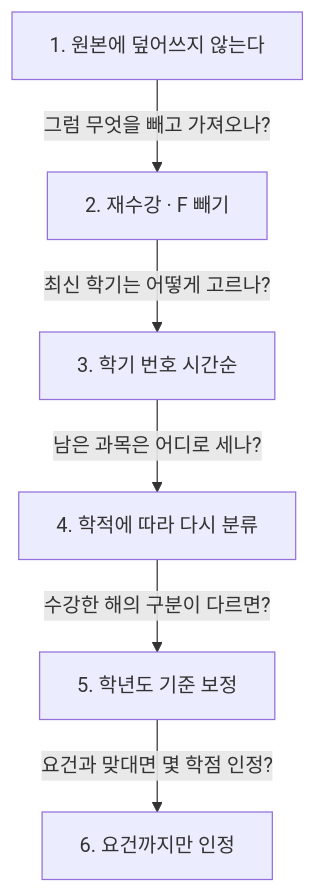
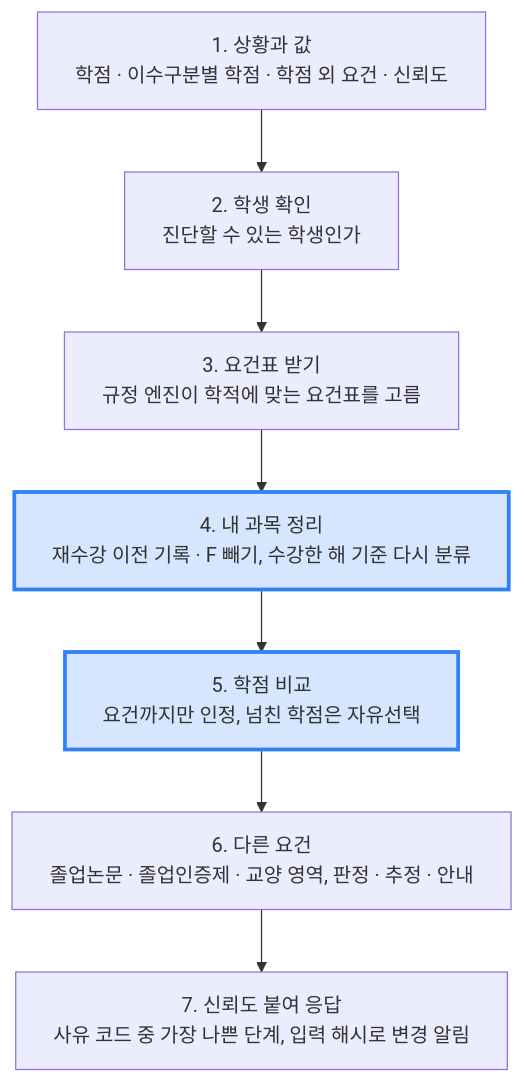
The first of 3 diagrams in 2026/November/11-18.md (ChildrenAon/TIL), drawn with Mermaid before and after one commit. The commit also changed other lines of this file, not shown here.

Commit message:
[ONE Student] 내 과목 정리 · 학점 비교 [정보보안] 웜·백도어 · SSH·DNS · SYN Flooding [데이터베이스] 3진 관계 · 함수적 종속성
고침: 학습 순서 흐름을 기능 전체 흐름 도식으로 바꿈

````diff
--- a/2026/November/11-18.md
+++ b/2026/November/11-18.md
@@ -27,9 +27,12 @@
 ```mermaid
 %%{init: {"flowchart": {"wrappingWidth": 600}, "themeCSS": ".edgeLabel div { display: table-cell !important; width: auto !important; max-width: none !important; white-space: nowrap !important; } .edgeLabel p { padding: 5px 12px !important; margin: 0 !important; background: #55555599; } .edgeLabel, .edgeLabel span, .edgeLabel .labelBkg { background: transparent !important; }"}}%%
 flowchart TD
-  A["1. 원본에 덮어쓰지 않는다"] -->|"그럼 무엇을 빼고 가져오나?"| B["2. 재수강 · F 빼기"]
-  B -->|"최신 학기는 어떻게 고르나?"| C["3. 학기 번호 시간순"]
-  C -->|"남은 과목은 어디로 세나?"| D["4. 학적에 따라 다시 분류"]
-  D -->|"수강한 해의 구분이 다르면?"| E["5. 학년도 기준 보정"]
-  E -->|"요건과 맞대면 몇 학점 인정?"| F["6. 요건까지만 인정"]
+  A["1. 상황과 값<br/>학점 · 이수구분별 학점 · 학점 외 요건 · 신뢰도"] --> B["2. 학생 확인<br/>진단할 수 있는 학생인가"]
+  B --> C["3. 요건표 받기<br/>규정 엔진이 학적에 맞는 요건표를 고름"]
+  C --> D["4. 내 과목 정리<br/>재수강 이전 기록 · F 빼기, 수강한 해 기준 다시 분류"]
+  D --> E["5. 학점 비교<br/>요건까지만 인정, 넘친 학점은 자유선택"]
+  E --> F["6. 다른 요건<br/>졸업논문 · 졸업인증제 · 교양 영역, 판정 · 추정 · 안내"]
+  F --> G["7. 신뢰도 붙여 응답<br/>사유 코드 중 가장 나쁜 단계, 입력 해시로 변경 알림"]
+  classDef seen fill:#2f81f733,stroke:#2f81f7,stroke-width:3px
+  class D,E seen
 ```
````
